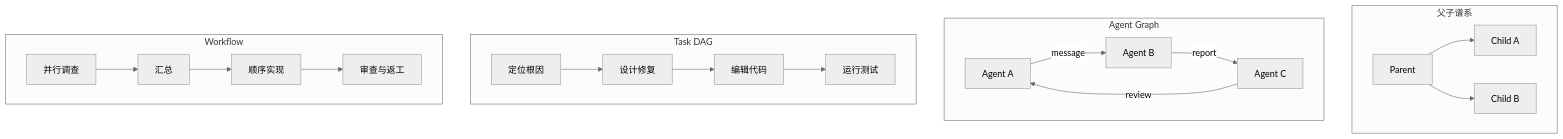
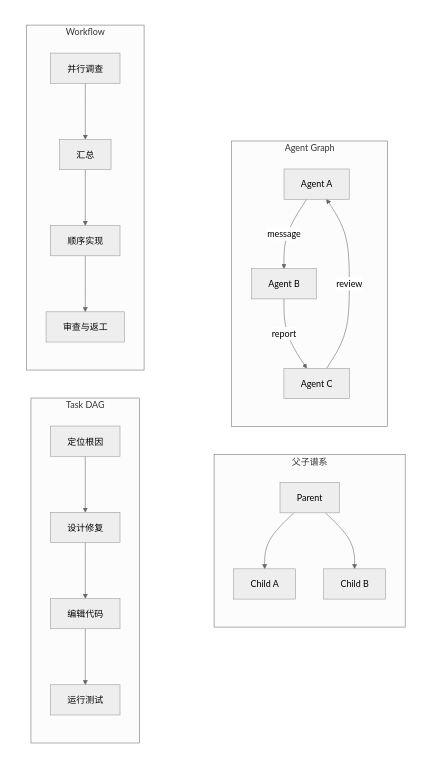
The second of 2 diagrams in docs/harness-survey/16_subagents_and_orchestration.md (specialpointcentral/harness), drawn with Mermaid (neutral theme) before and after one commit. The commit also changed other lines of this file and 18 other files, not shown here.

First line of the commit message:
docs: improve diagram layouts and tidy supporting files

````diff
--- a/docs/harness-survey/16_subagents_and_orchestration.md
+++ b/docs/harness-survey/16_subagents_and_orchestration.md
@@ -112,22 +129,30 @@
 ```mermaid
 flowchart TB
-  subgraph L[父子谱系]
-    P1[Parent] --> C1[Child A]
-    P1 --> C2[Child B]
+  subgraph TOP[" "]
+    direction LR
+    subgraph L[父子谱系]
+      P1[Parent] --> C1[Child A]
+      P1 --> C2[Child B]
+    end
+    subgraph G[Agent Graph]
+      A1[Agent A] -->|message| A2[Agent B]
+      A2 -->|report| A3[Agent C]
+      A3 -->|review| A1
+    end
   end
-  subgraph G[Agent Graph]
-    A1[Agent A] -->|message| A2[Agent B]
-    A2 -->|report| A3[Agent C]
-    A3 -->|review| A1
+  subgraph BOTTOM[" "]
+    direction LR
+    subgraph D[Task DAG]
+      T1[定位根因] --> T2[设计修复]
+      T2 --> T3[编辑代码]
+      T3 --> T4[运行测试]
+    end
+    subgraph F[Workflow]
+      W1[并行调查] --> W2[汇总]
+      W2 --> W3[顺序实现]
+      W3 --> W4[审查与返工]
+    end
   end
-  subgraph D[Task DAG]
-    T1[定位根因] --> T2[设计修复]
-    T2 --> T3[编辑代码]
-    T3 --> T4[运行测试]
-  end
-  subgraph F[Workflow]
-    W1[并行调查] --> W2[汇总]
-    W2 --> W3[顺序实现]
-    W3 --> W4[审查与返工]
-  end
+  style TOP fill:none,stroke:none
+  style BOTTOM fill:none,stroke:none
 ```
````
